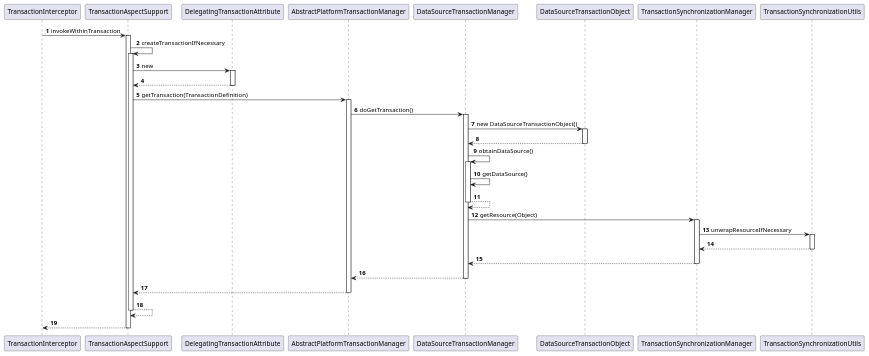
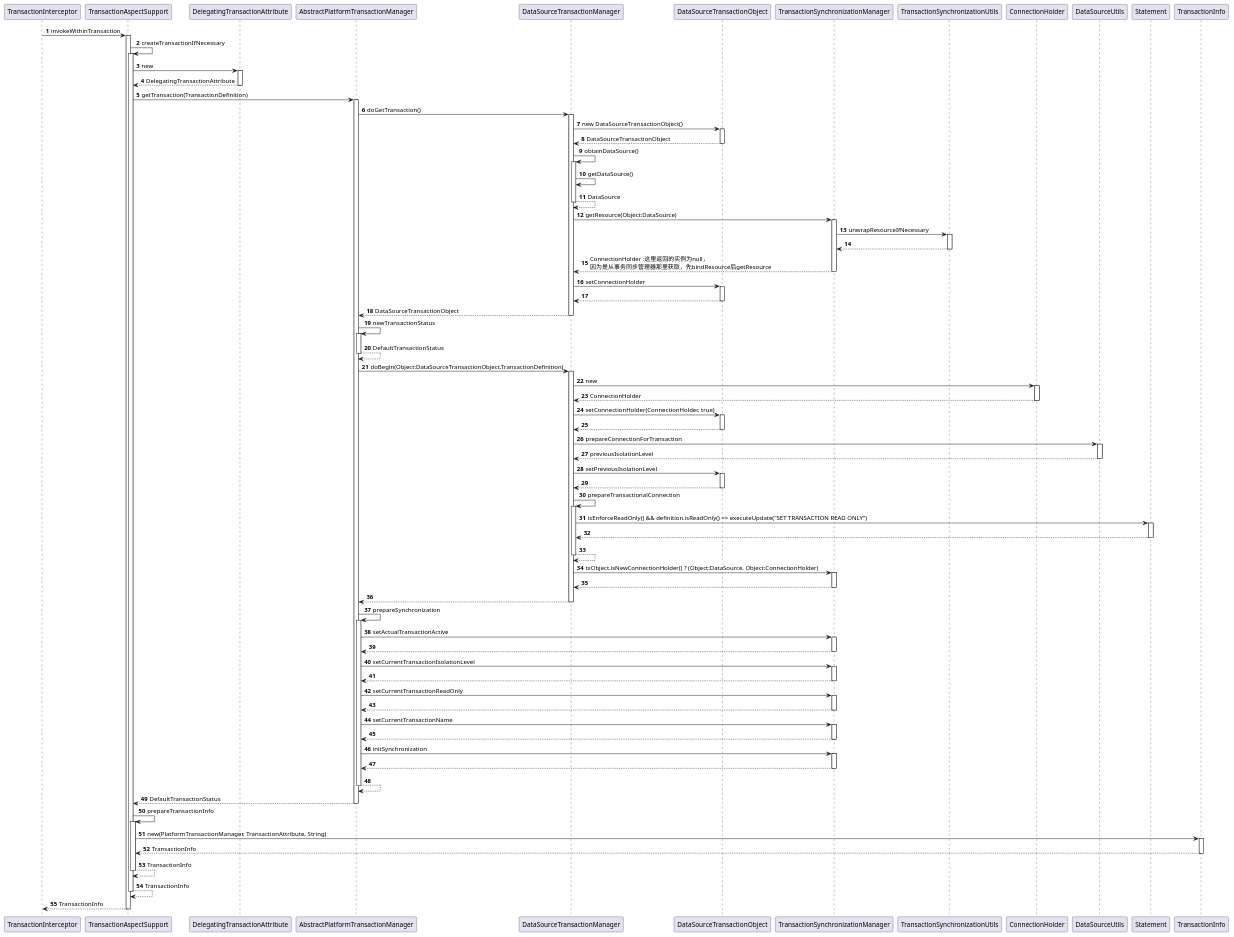
The diagram in doc/transaction/sequence/3.createTransactionIfNecessary.puml (bingowangzhb/springframework-samples), drawn with PlantUML before and after one commit. The commit also changed 2 other files, not shown here.

```diff
--- a/doc/transaction/sequence/3.createTransactionIfNecessary.puml
+++ b/doc/transaction/sequence/3.createTransactionIfNecessary.puml
@@ -1,34 +1,80 @@
 @startuml
 participant TransactionInterceptor as A
 participant TransactionAspectSupport as B
 participant DelegatingTransactionAttribute as C
 participant AbstractPlatformTransactionManager as D
 participant DataSourceTransactionManager as E
 participant DataSourceTransactionObject as F
 participant TransactionSynchronizationManager as G
 participant TransactionSynchronizationUtils as H
+participant ConnectionHolder as I
+participant DataSourceUtils as J
+participant Statement as K
+participant TransactionInfo as L
 
 
 autonumber
 A -> B ++ : invokeWithinTransaction
     B -> B ++ : createTransactionIfNecessary
         B -> C ++ : new
-        return
+        return DelegatingTransactionAttribute
         B -> D ++ : getTransaction(TransactionDefinition)
             D -> E ++ : doGetTransaction()
                 E -> F ++ : new DataSourceTransactionObject()
-                return
+                return DataSourceTransactionObject
                 E -> E ++ : obtainDataSource()
                     E -> E : getDataSource()
+                return DataSource
+                E -> G ++ : getResource(Object:DataSource)
+                    G -> H ++ : unwrapResourceIfNecessary
+                    return
+                return ConnectionHolder :这里返回的实例为null，\n因为是从事务同步管理器那里获取，先bindResource后getResource
+                E -> F ++ : setConnectionHolder
                 return
-                E -> G ++ : getResource(Object)
-                    G -> H ++ : unwrapResourceIfNecessary
+            return DataSourceTransactionObject
+
+            D -> D ++ : newTransactionStatus
+            return DefaultTransactionStatus
+
+            D -> E ++ : doBegin(Object:DataSourceTransactionObject,TransactionDefinition)
+                E -> I ++ : new
+                return ConnectionHolder
+
+                E -> F ++ : setConnectionHolder(ConnectionHolder, true)
+                return
+                E -> J ++ : prepareConnectionForTransaction
+                return previousIsolationLevel
+
+                E -> F ++ : setPreviousIsolationLevel
+                return
+                E -> E ++ : prepareTransactionalConnection
+                    E -> K ++ : isEnforceReadOnly() && definition.isReadOnly() => executeUpdate("SET TRANSACTION READ ONLY")
                     return
                 return
 
+                E -> G ++ : txObject.isNewConnectionHolder() ? (Object:DataSource, Object:ConnectionHolder)
+                return
             return
-        return
-    return
-return
+
+            D -> D ++ : prepareSynchronization
+                D -> G ++ : setActualTransactionActive
+                return
+                D -> G ++ : setCurrentTransactionIsolationLevel
+                return
+                D -> G ++ : setCurrentTransactionReadOnly
+                return
+                D -> G ++ : setCurrentTransactionName
+                return
+                D -> G ++ : initSynchronization
+                return
+            return
+        return DefaultTransactionStatus
+
+        B -> B ++ : prepareTransactionInfo
+            B -> L ++ : new(PlatformTransactionManager, TransactionAttribute, String)
+            return TransactionInfo
+        return TransactionInfo
+    return TransactionInfo
+return TransactionInfo
 
 @enduml
```
